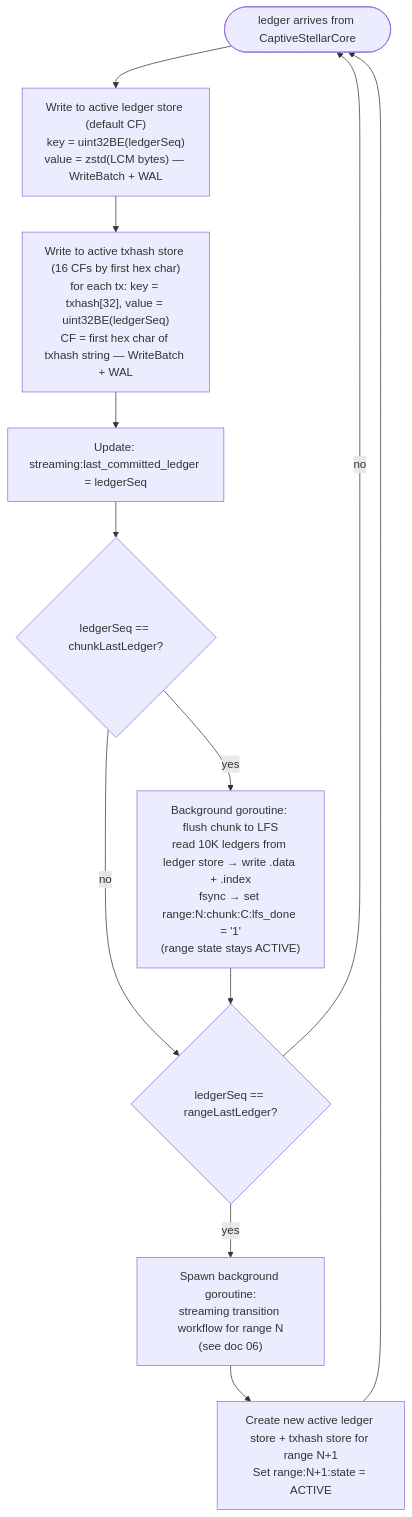
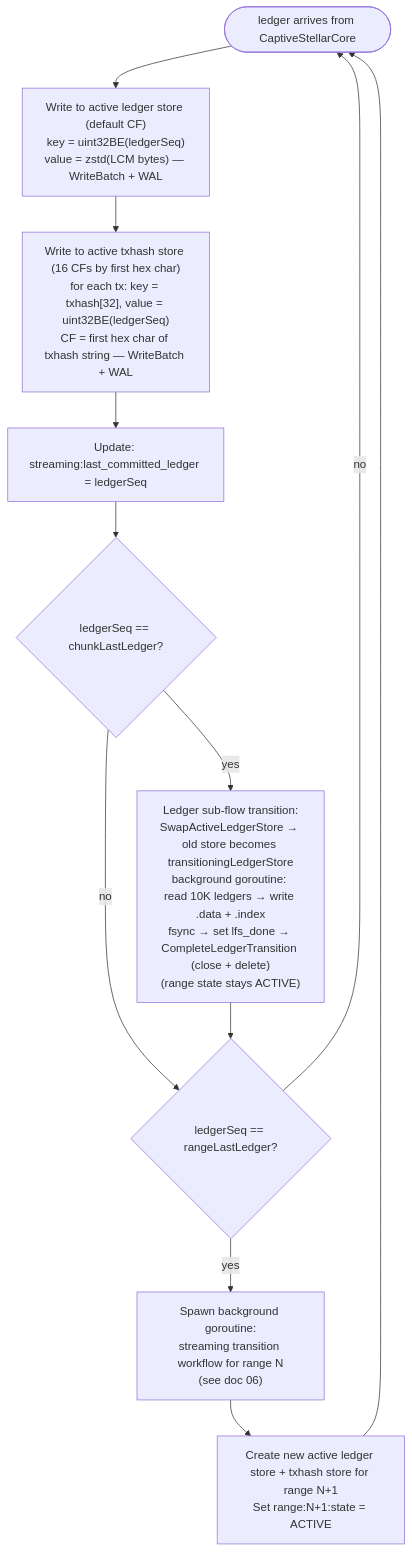
One commit to karthikiyer56/stellar-full-history-ingestion changed the second of 2 diagrams in design-docs-v2/04-streaming-workflow.md. Above: the diagram before and after it, drawn with Mermaid. The commit also changed other lines of this file and 14 other files, not shown here.

First line of the commit message:
docs: fix streaming model — independent sub-flow transitions at chunk/range cadence

````diff
--- a/design-docs-v2/04-streaming-workflow.md
+++ b/design-docs-v2/04-streaming-workflow.md
@@ -78,14 +85,14 @@
 ```mermaid
 flowchart TD
     LOOP(["ledger arrives from CaptiveStellarCore"]) --> INGEST_LEDGER["Write to active ledger store (default CF)<br/>key = uint32BE(ledgerSeq)<br/>value = zstd(LCM bytes) — WriteBatch + WAL"]
     INGEST_LEDGER --> INGEST_TX["Write to active txhash store (16 CFs by first hex char)<br/>for each tx: key = txhash[32], value = uint32BE(ledgerSeq)<br/>CF = first hex char of txhash string — WriteBatch + WAL"]
     INGEST_TX --> CHECKPOINT["Update: streaming:last_committed_ledger = ledgerSeq"]
     CHECKPOINT --> CHUNK_BOUNDARY{ledgerSeq == chunkLastLedger?}
     CHUNK_BOUNDARY -->|no| RANGE_BOUNDARY
-    CHUNK_BOUNDARY -->|yes| FLUSH_LFS["Background goroutine: flush chunk to LFS<br/>read 10K ledgers from ledger store → write .data + .index<br/>fsync → set range:N:chunk:C:lfs_done = '1'<br/>(range state stays ACTIVE)"]
+    CHUNK_BOUNDARY -->|yes| FLUSH_LFS["Ledger sub-flow transition:<br/>SwapActiveLedgerStore → old store becomes transitioningLedgerStore<br/>background goroutine: read 10K ledgers → write .data + .index<br/>fsync → set lfs_done → CompleteLedgerTransition (close + delete)<br/>(range state stays ACTIVE)"]
     FLUSH_LFS --> RANGE_BOUNDARY{ledgerSeq == rangeLastLedger?}
     RANGE_BOUNDARY -->|no| LOOP
     RANGE_BOUNDARY -->|yes| SPAWN["Spawn background goroutine:<br/>streaming transition workflow for range N<br/>(see doc 06)"]
     SPAWN --> NEWRANGE["Create new active ledger store + txhash store for range N+1<br/>Set range:N+1:state = ACTIVE"]
     NEWRANGE --> LOOP
 ```
````
